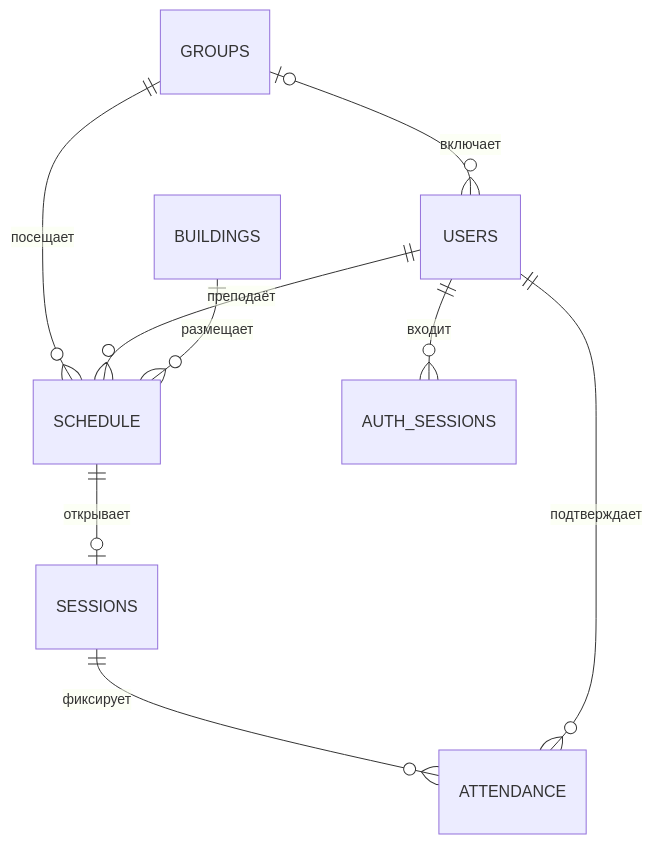
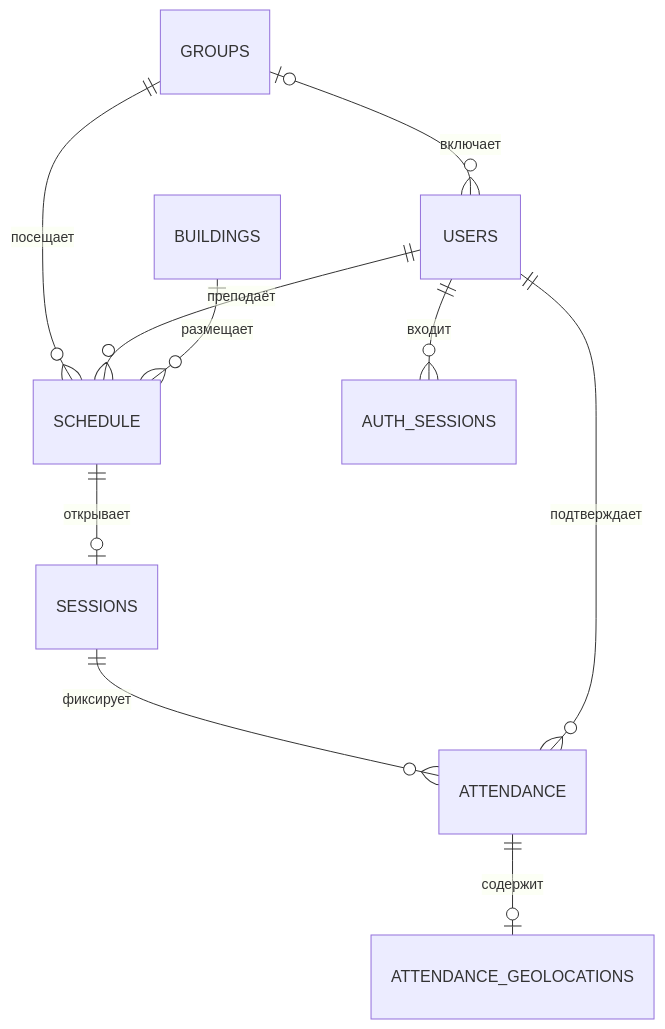
The second of 2 diagrams in docs/architecture.md (arssedot/Attendance-Control-System), drawn with Mermaid before and after one commit. The commit also changed other lines of this file and 20 other files, not shown here.

````diff
--- a/docs/architecture.md
+++ b/docs/architecture.md
@@ -25,11 +25,12 @@
 ```mermaid
 erDiagram
   GROUPS o|--o{ USERS : включает
   GROUPS ||--o{ SCHEDULE : посещает
   USERS ||--o{ SCHEDULE : преподаёт
   BUILDINGS ||--o{ SCHEDULE : размещает
   SCHEDULE ||--o| SESSIONS : открывает
   SESSIONS ||--o{ ATTENDANCE : фиксирует
+  ATTENDANCE ||--o| ATTENDANCE_GEOLOCATIONS : содержит
   USERS ||--o{ ATTENDANCE : подтверждает
   USERS ||--o{ AUTH_SESSIONS : входит
 ```
````
